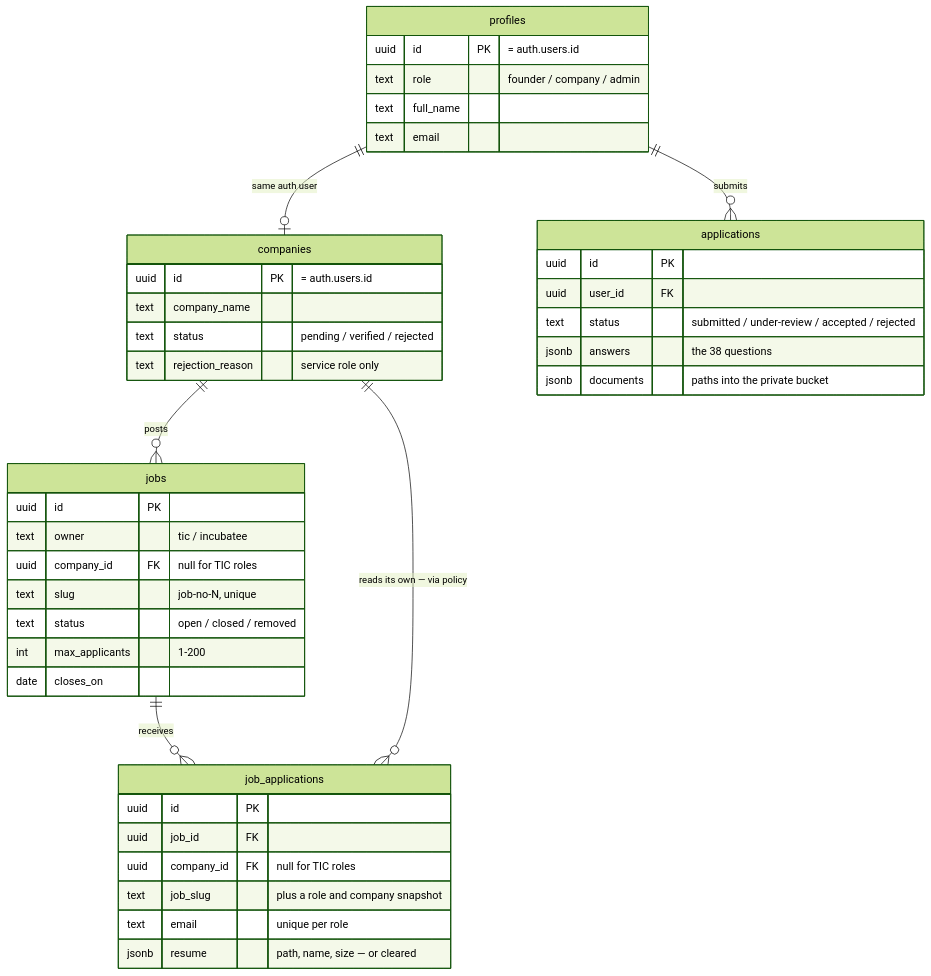
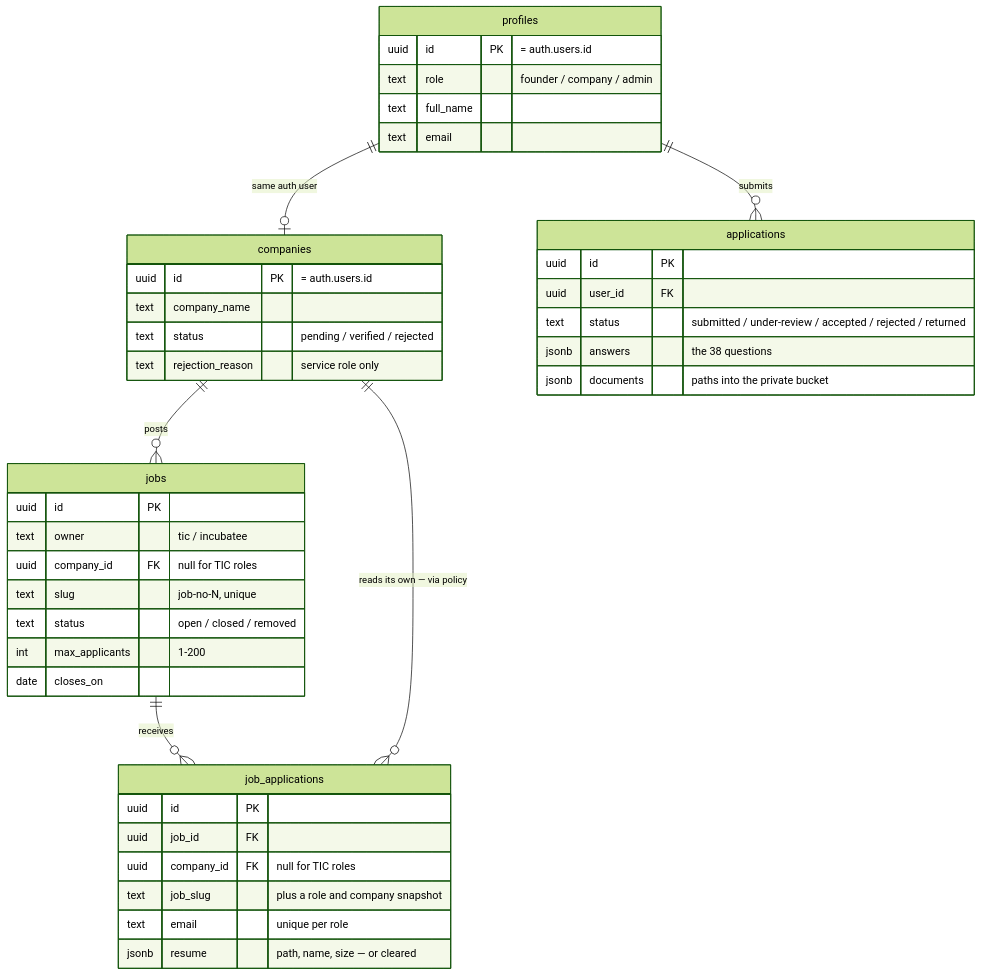
The second of 4 diagrams in README.md (Machahary07/frontend-iitgtic), drawn with Mermaid (forest theme) before and after one commit. The commit also changed other lines of this file and 21 other files, not shown here.

````diff
--- a/README.md
+++ b/README.md
@@ -635,45 +637,45 @@
 ```mermaid
 erDiagram
     profiles {
         uuid id PK "= auth.users.id"
         text role "founder / company / admin"
         text full_name
         text email
     }
     companies {
         uuid id PK "= auth.users.id"
         text company_name
         text status "pending / verified / rejected"
         text rejection_reason "service role only"
     }
     jobs {
         uuid id PK
         text owner "tic / incubatee"
         uuid company_id FK "null for TIC roles"
         text slug "job-no-N, unique"
         text status "open / closed / removed"
         int max_applicants "1-200"
         date closes_on
     }
     applications {
         uuid id PK
         uuid user_id FK
-        text status "submitted / under-review / accepted / rejected"
+        text status "submitted / under-review / accepted / rejected / returned"
         jsonb answers "the 38 questions"
         jsonb documents "paths into the private bucket"
     }
     job_applications {
         uuid id PK
         uuid job_id FK
         uuid company_id FK "null for TIC roles"
         text job_slug "plus a role and company snapshot"
         text email "unique per role"
         jsonb resume "path, name, size — or cleared"
     }
 
     profiles ||--o| companies : "same auth user"
     companies ||--o{ jobs : "posts"
     profiles ||--o{ applications : "submits"
     jobs ||--o{ job_applications : "receives"
     companies ||--o{ job_applications : "reads its own — via policy"
 ```
````
